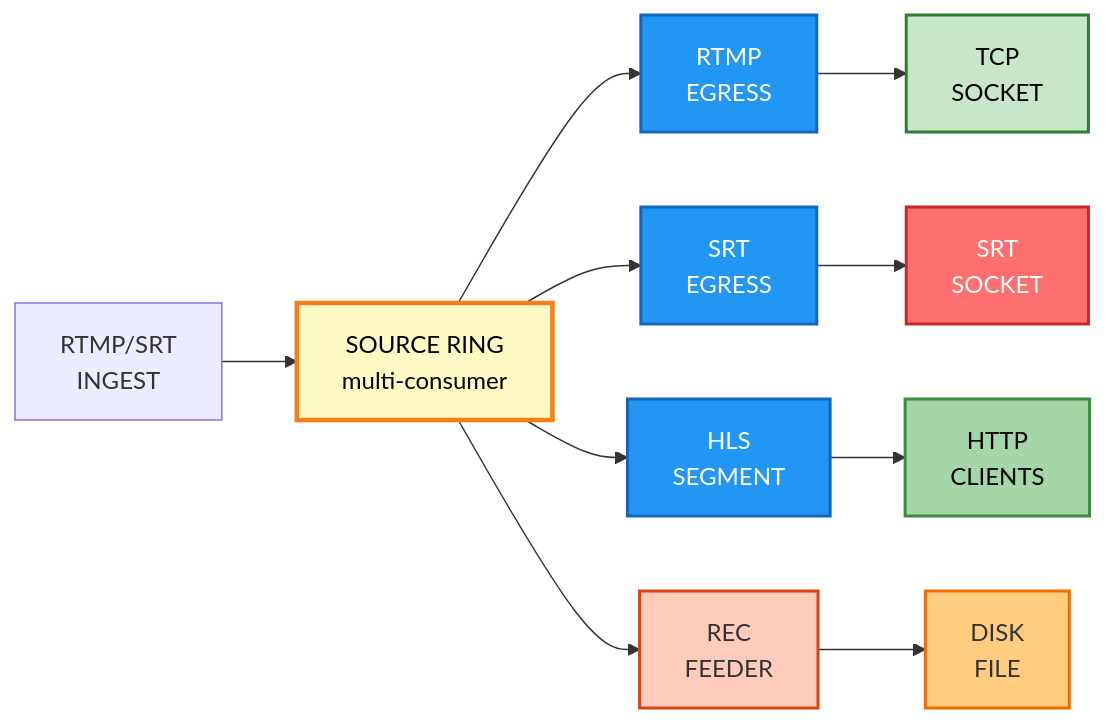
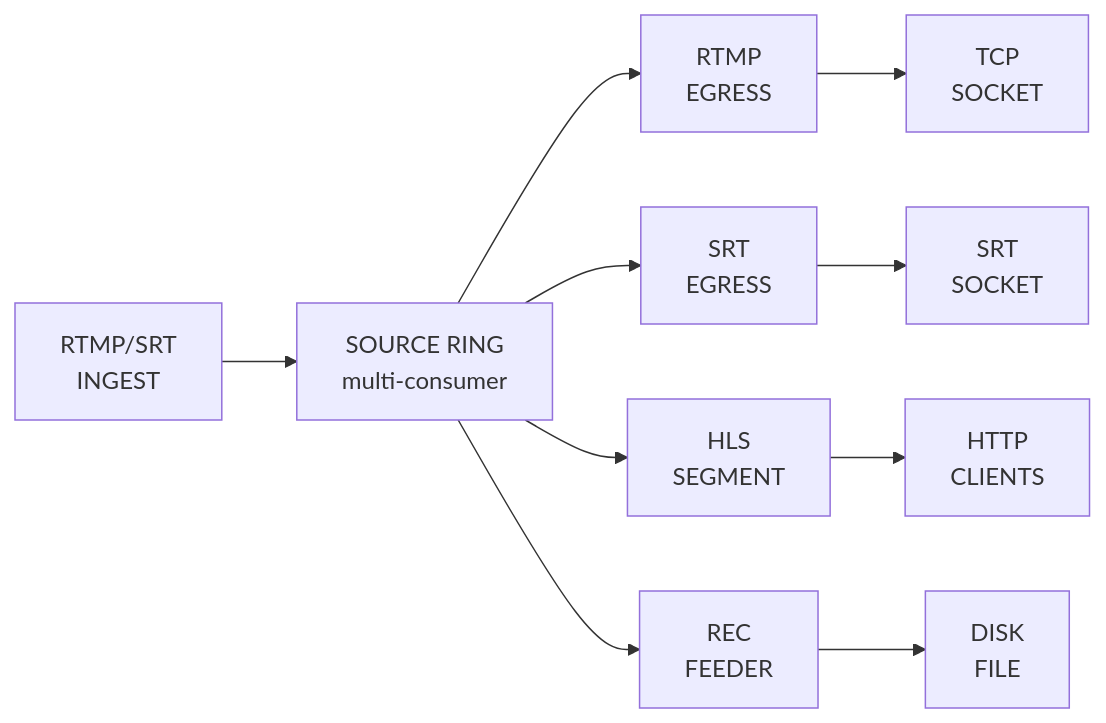
Before and after one commit to krsna1729/restream: diagram 15 of 24 in docs/run-to-completion-analysis.md, drawn with Mermaid. The commit also changed other lines of this file and 6 other files, not shown here.

First line of the commit message:
docs: retire duplicate SVG and styled diagram variants

````diff
--- a/docs/run-to-completion-analysis.md
+++ b/docs/run-to-completion-analysis.md
@@ -626,23 +518,13 @@
 ```mermaid
-graph LR
+flowchart LR
     A["RTMP/SRT<br/>INGEST"] --> B["SOURCE RING<br/>multi-consumer"]
     B --> C["RTMP<br/>EGRESS"]
     B --> E["SRT<br/>EGRESS"]
     B --> G["HLS<br/>SEGMENT"]
     B --> I["REC<br/>FEEDER"]
-    
+
     C --> D["TCP<br/>SOCKET"]
     E --> F["SRT<br/>SOCKET"]
     G --> H["HTTP<br/>CLIENTS"]
     I --> J["DISK<br/>FILE"]
-    
-    style B fill:#fff9c4,stroke:#f57f17,stroke-width:3px,color:#000
-    style C fill:#2196f3,stroke:#1565c0,stroke-width:2px,color:#fff
-    style E fill:#2196f3,stroke:#1565c0,stroke-width:2px,color:#fff
-    style G fill:#2196f3,stroke:#1565c0,stroke-width:2px,color:#fff
-    style I fill:#ffccbc,stroke:#d84315,stroke-width:2px,color:#333
-    style D fill:#c8e6c9,stroke:#2e7d32,stroke-width:2px,color:#000
-    style F fill:#ff6f6f,stroke:#c62828,stroke-width:2px,color:#fff
-    style H fill:#a5d6a7,stroke:#388e3c,stroke-width:2px,color:#000
-    style J fill:#ffcc80,stroke:#ef6c00,stroke-width:2px,color:#333
 ```
````
